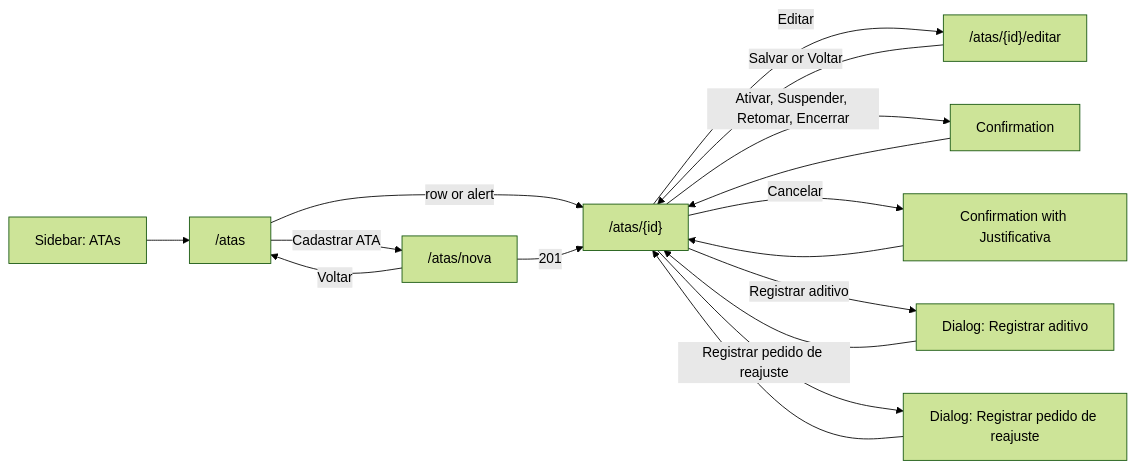
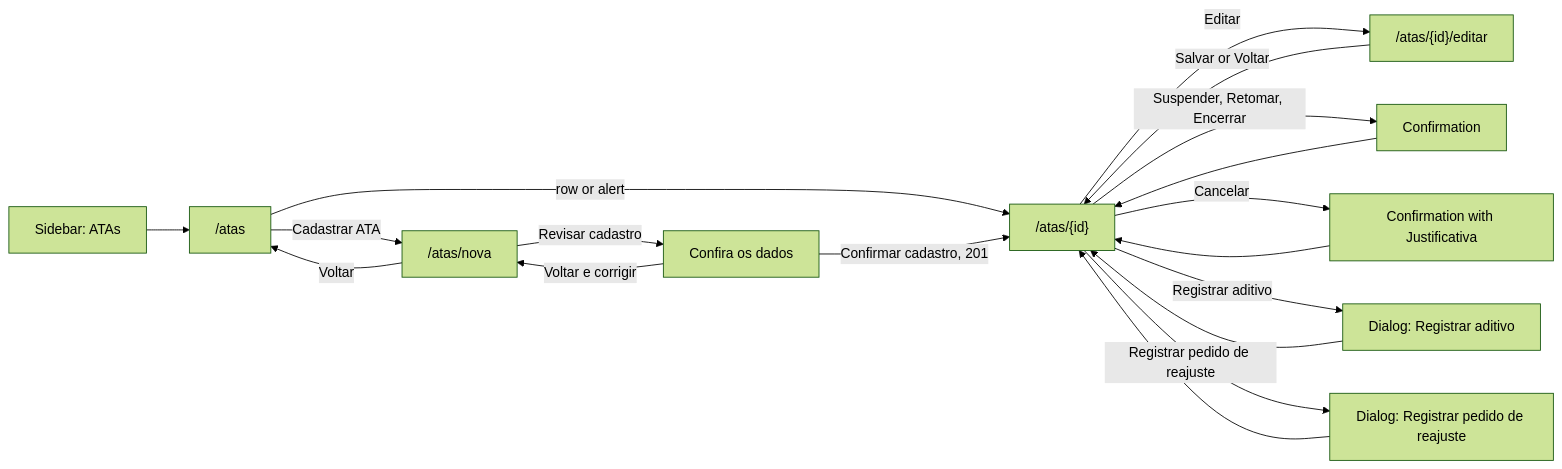
Before and after one commit to isaacgraper/sigi: the first of 2 diagrams in docs/product/user-flows/atas.md, drawn with Mermaid (forest theme). The commit also changed other lines of this file and 41 other files, not shown here.

First line of the commit message:
docs: update the ATA user flow, design rules and open questions for the review step [SPEC-0013]

````diff
--- a/docs/product/user-flows/atas.md
+++ b/docs/product/user-flows/atas.md
@@ -30,18 +30,20 @@
 ```mermaid
 flowchart LR
   sidebar[Sidebar: ATAs] --> lista["/atas"]
   lista -->|row or alert| ata["/atas/{id}"]
   lista -->|Cadastrar ATA| cadastro["/atas/nova"]
-  cadastro -->|201| ata
+  cadastro -->|Revisar cadastro| revisao[Confira os dados]
+  revisao -->|Voltar e corrigir| cadastro
+  revisao -->|Confirmar cadastro, 201| ata
   cadastro -->|Voltar| lista
   ata -->|Editar| edicao["/atas/{id}/editar"]
-  ata -->|Ativar, Suspender, Retomar, Encerrar| confirmacao[Confirmation]
+  ata -->|Suspender, Retomar, Encerrar| confirmacao[Confirmation]
   ata -->|Cancelar| cancelamento[Confirmation with Justificativa]
   ata -->|Registrar aditivo| aditivo[Dialog: Registrar aditivo]
   ata -->|Registrar pedido de reajuste| reajuste[Dialog: Registrar pedido de reajuste]
   edicao -->|Salvar or Voltar| ata
   confirmacao --> ata
   cancelamento --> ata
   aditivo --> ata
   reajuste --> ata
 ```
````
